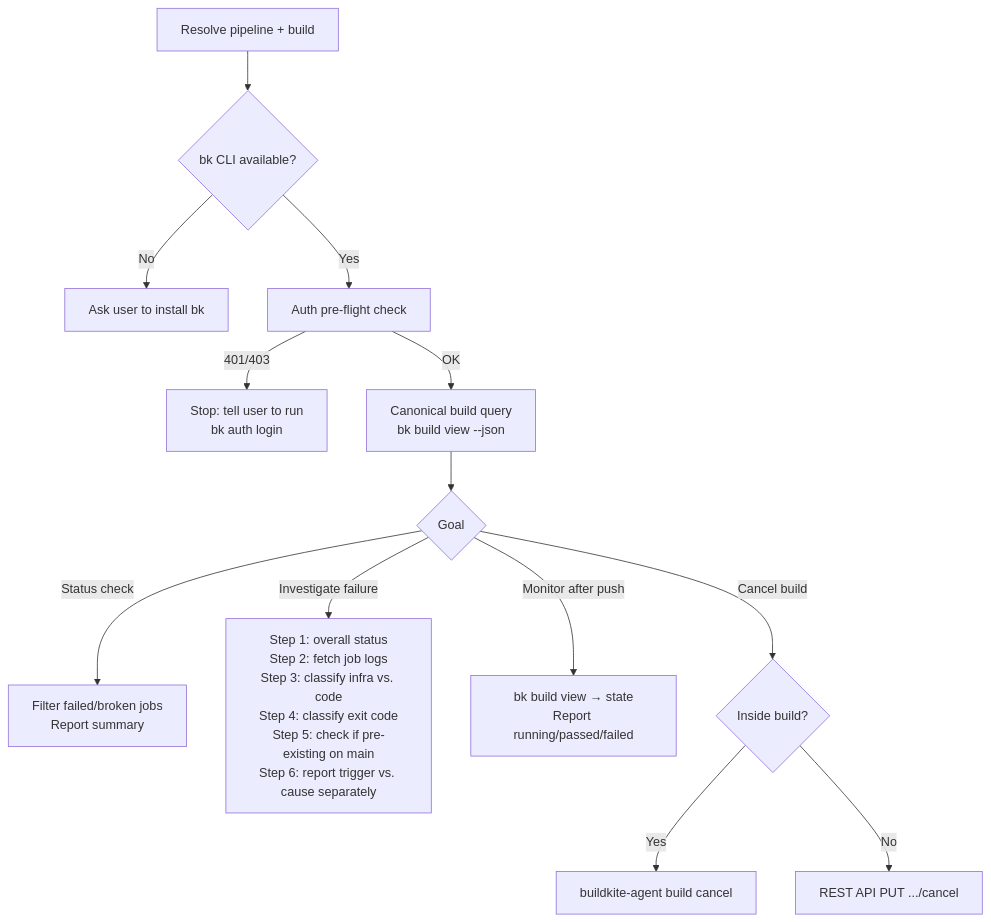
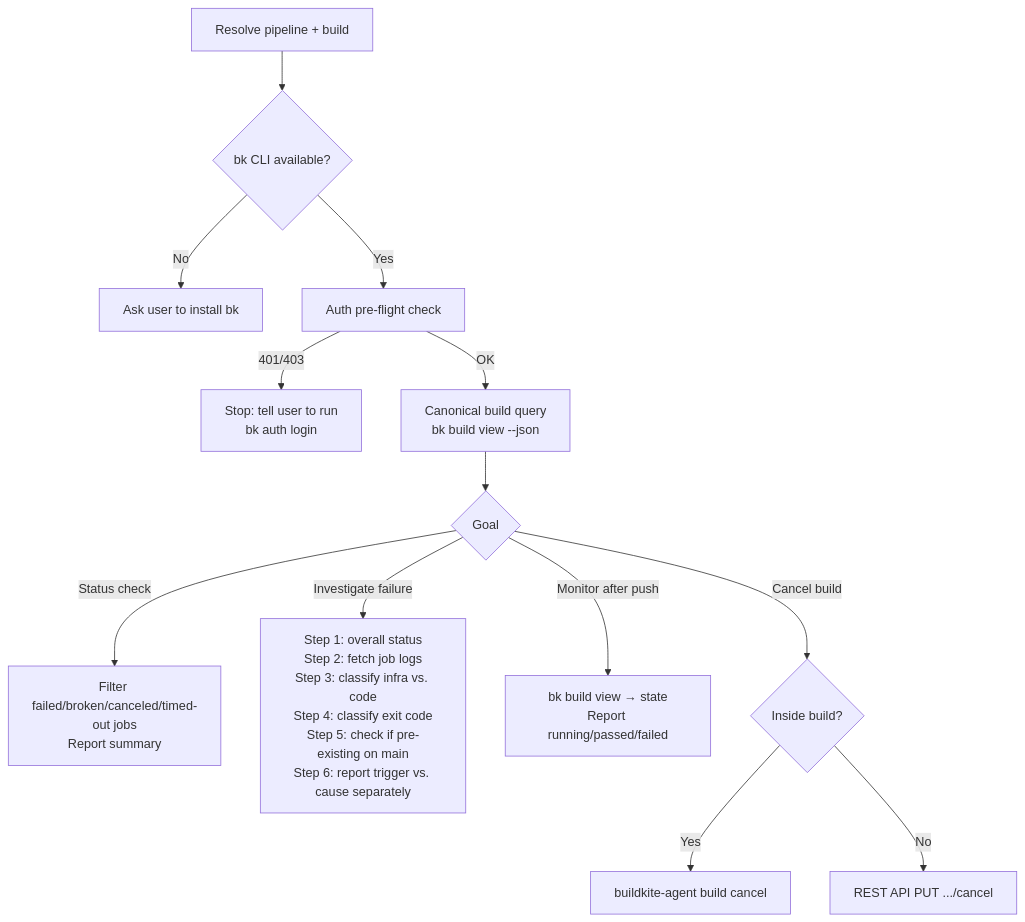
The diagram in skills/buildkite/README.md (whizzzkid/skills), drawn with Mermaid before and after one commit. The commit also changed other lines of this file and 6 other files, not shown here.

````diff
--- a/skills/buildkite/README.md
+++ b/skills/buildkite/README.md
@@ -16,15 +16,15 @@
 ```mermaid
 flowchart TD
     A[Resolve pipeline + build] --> B{bk CLI available?}
     B -->|No| C[Ask user to install bk]
     B -->|Yes| D[Auth pre-flight check]
     D -->|401/403| E[Stop: tell user to run<br/>bk auth login]
     D -->|OK| F[Canonical build query<br/>bk build view --json]
     F --> G{Goal}
-    G -->|Status check| H[Filter failed/broken jobs<br/>Report summary]
+    G -->|Status check| H[Filter failed/broken/canceled/timed-out jobs<br/>Report summary]
     G -->|Investigate failure| I[Step 1: overall status<br/>Step 2: fetch job logs<br/>Step 3: classify infra vs. code<br/>Step 4: classify exit code<br/>Step 5: check if pre-existing on main<br/>Step 6: report trigger vs. cause separately]
     G -->|Monitor after push| J[bk build view → state<br/>Report running/passed/failed]
     G -->|Cancel build| K{Inside build?}
     K -->|Yes| L[buildkite-agent build cancel]
     K -->|No| M[REST API PUT .../cancel]
 ```
````
